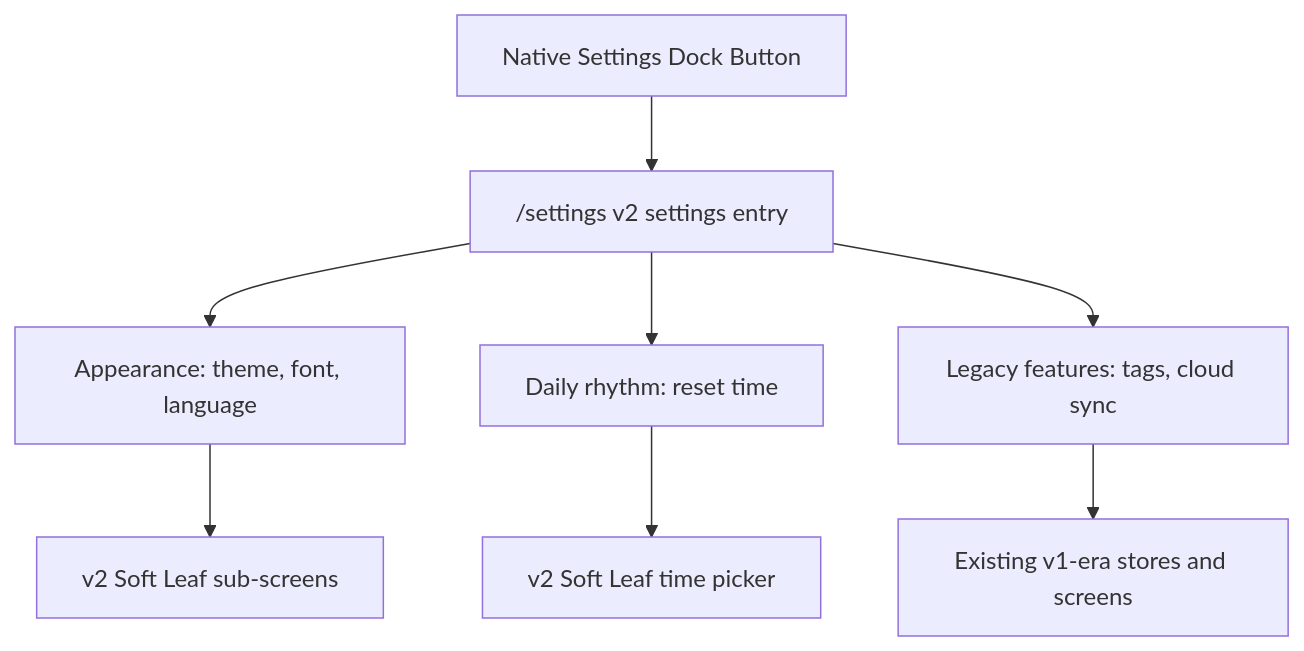
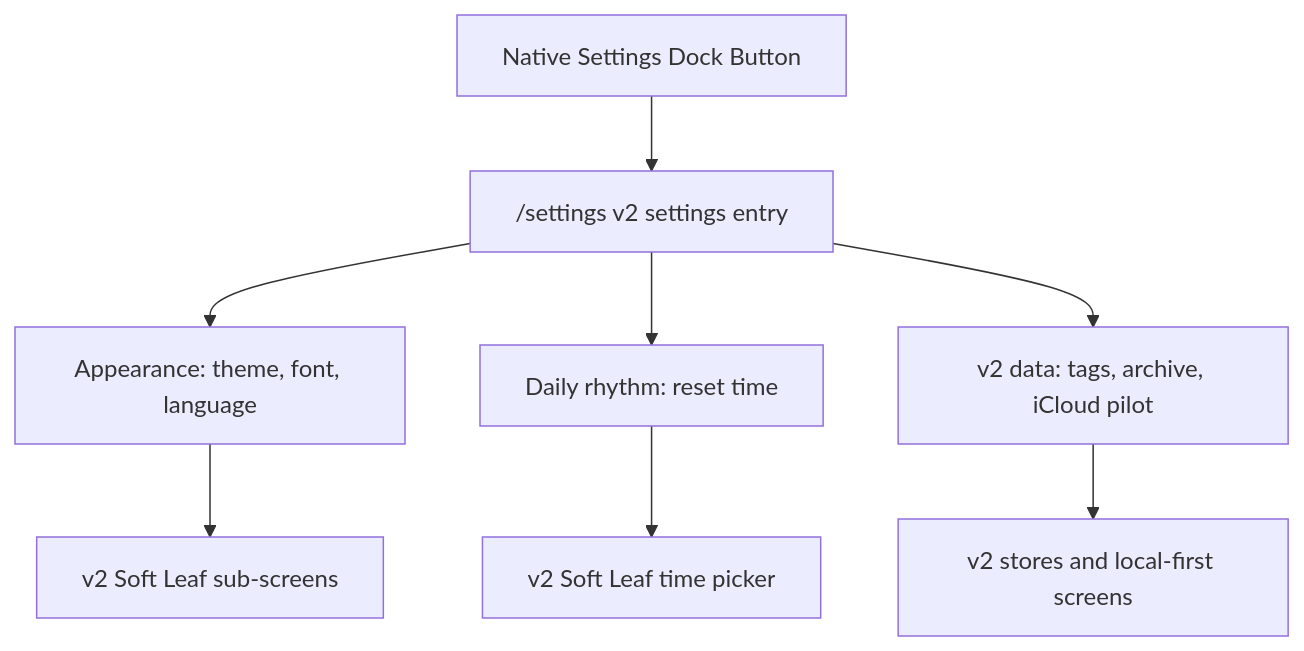
One commit to U-Keun/Tickly changed the diagram in docs/v2-notes/012-settings-redesign-direction.md. Above: the diagram before and after it, drawn with Mermaid. The commit also changed other lines of this file and 32 other files, not shown here.

Commit message:
feat: add v2 icloud sync pilot

````diff
--- a/docs/v2-notes/012-settings-redesign-direction.md
+++ b/docs/v2-notes/012-settings-redesign-direction.md
@@ -17,10 +17,10 @@
 ```mermaid
 flowchart TD
   Dock["Native Settings Dock Button"] --> Settings["/settings v2 settings entry"]
   Settings --> Appearance["Appearance: theme, font, language"]
   Appearance --> AppearanceScreens["v2 Soft Leaf sub-screens"]
   Settings --> Daily["Daily rhythm: reset time"]
   Daily --> ResetTime["v2 Soft Leaf time picker"]
-  Settings --> Legacy["Legacy features: tags, cloud sync"]
-  Legacy --> V1Flows["Existing v1-era stores and screens"]
+  Settings --> Data["v2 data: tags, archive, iCloud pilot"]
+  Data --> V2Flows["v2 stores and local-first screens"]
 ```
````
